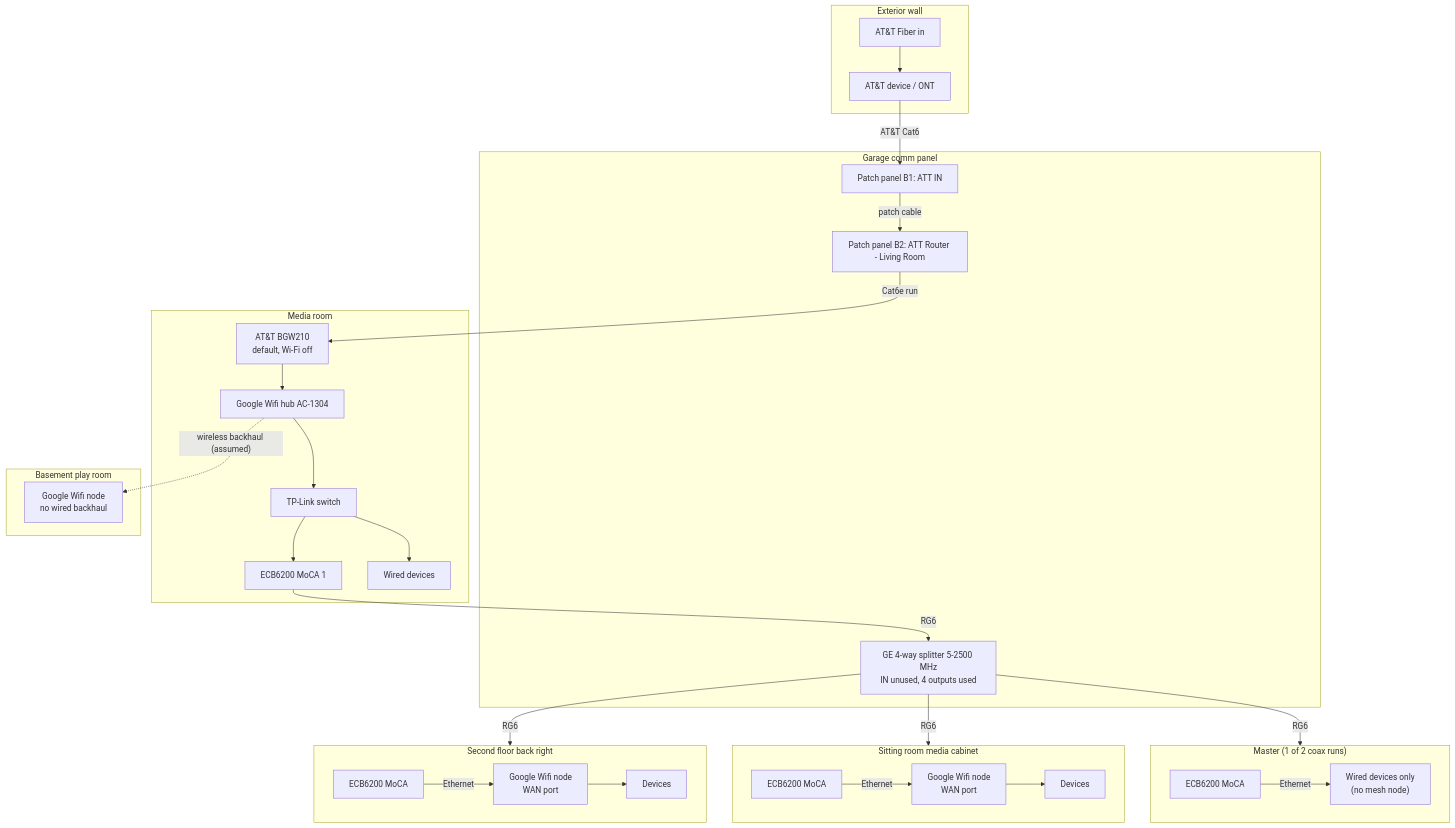
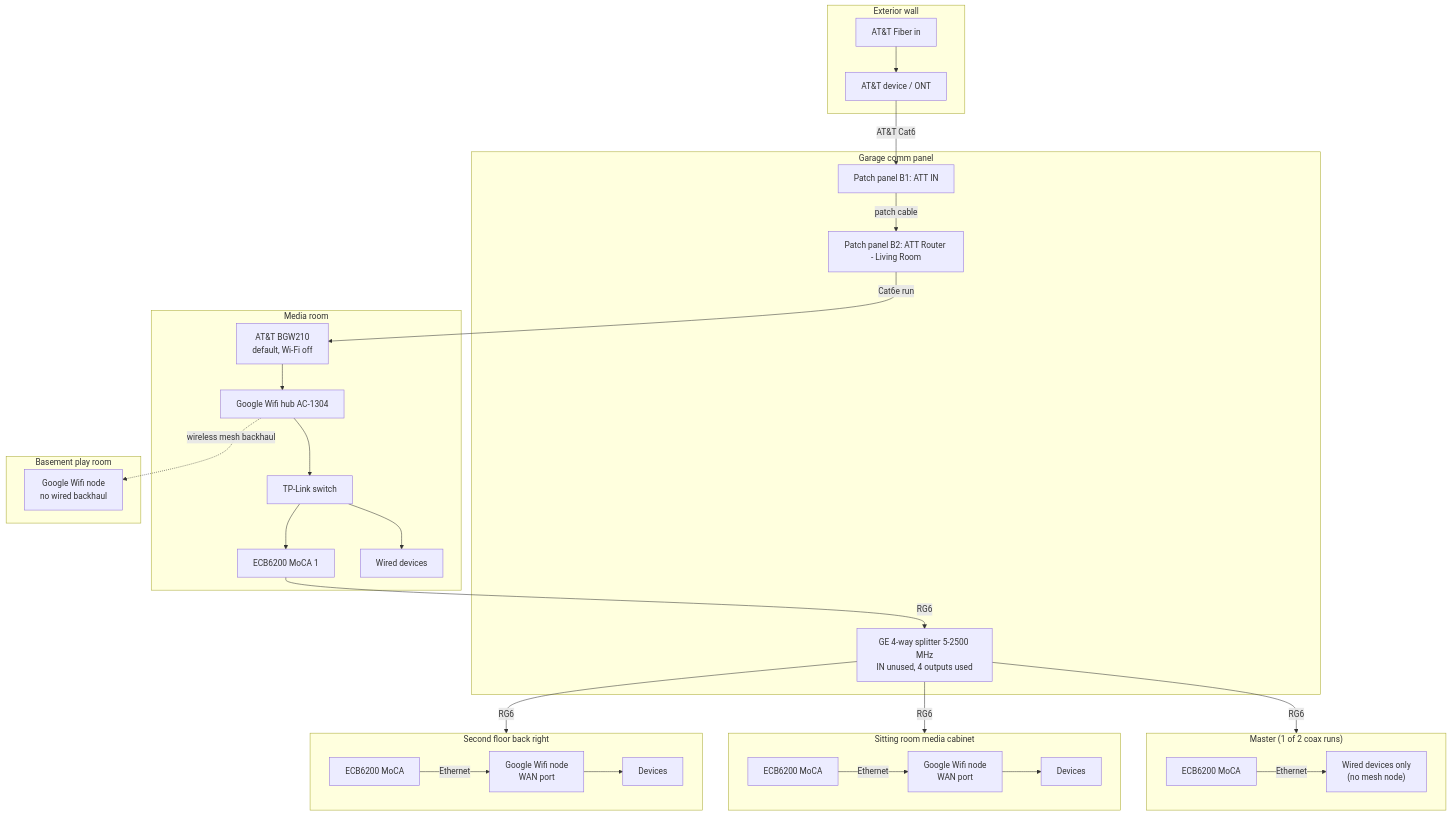
One commit to CosmicCEO/home-network-playbook changed the first of 3 diagrams in docs/01-as-found.md. Above: the diagram before and after it, drawn with Mermaid. The commit also changed other lines of this file and 1 other file, not shown here.

First line of the commit message:
Confirm basement play room node uses wireless mesh backhaul

````diff
--- a/docs/01-as-found.md
+++ b/docs/01-as-found.md
@@ -57,49 +57,49 @@
 ```mermaid
 flowchart TB
     subgraph EXT["Exterior wall"]
         FIB[AT&T Fiber in] --> ONT[AT&T device / ONT]
     end
 
     ONT -- "AT&T Cat6" --> B1
 
     subgraph PANEL["Garage comm panel"]
         B1["Patch panel B1: ATT IN"]
         B2["Patch panel B2: ATT Router - Living Room"]
         B1 -- "patch cable" --> B2
         SPL["GE 4-way splitter 5-2500 MHz<br/>IN unused, 4 outputs used"]
     end
 
     B2 -- "Cat6e run" --> GW
 
     subgraph MR["Media room"]
         GW["AT&T BGW210<br/>default, Wi-Fi off"]
         HUB["Google Wifi hub AC-1304"]
         SW[TP-Link switch]
         MC0["ECB6200 MoCA 1"]
         DEV0[Wired devices]
         GW --> HUB --> SW
         SW --> DEV0
         SW --> MC0
     end
 
     MC0 -- "RG6" --> SPL
     SPL -- RG6 --> R1
     SPL -- RG6 --> R2
     SPL -- RG6 --> R3
 
     subgraph R1["Second floor back right"]
         M1["ECB6200 MoCA"] -- Ethernet --> N1["Google Wifi node<br/>WAN port"]
         N1 --> D1[Devices]
     end
     subgraph R2["Sitting room media cabinet"]
         M2["ECB6200 MoCA"] -- Ethernet --> N2["Google Wifi node<br/>WAN port"]
         N2 --> D2[Devices]
     end
     subgraph R3["Master (1 of 2 coax runs)"]
         M3["ECB6200 MoCA"] -- Ethernet --> D3["Wired devices only<br/>(no mesh node)"]
     end
     subgraph R4["Basement play room"]
         N4["Google Wifi node<br/>no wired backhaul"]
     end
-    HUB -. "wireless backhaul (assumed)" .-> N4
+    HUB -. "wireless mesh backhaul" .-> N4
 ```
````
